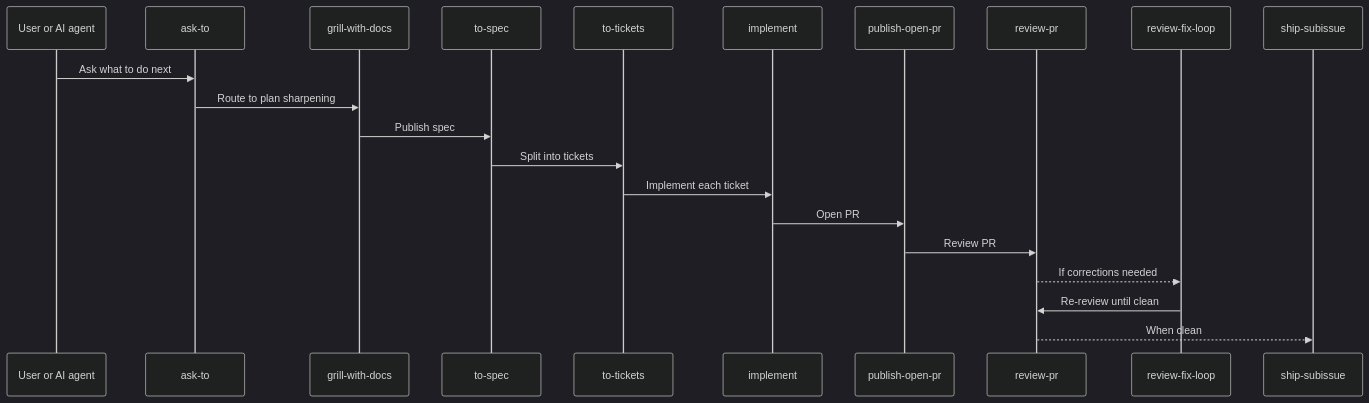
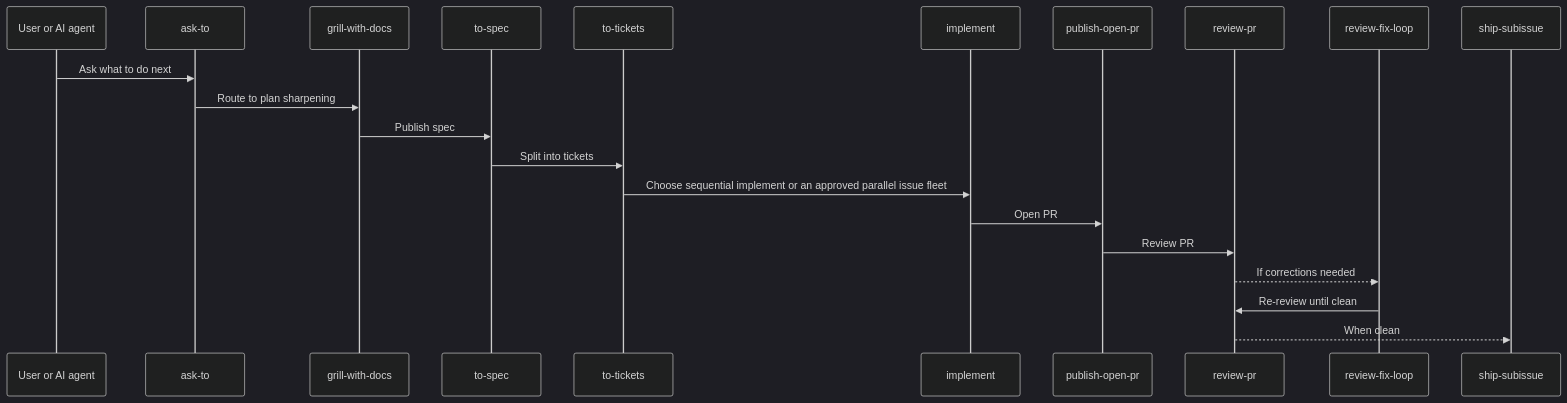
One commit to quantumquirkxyz/skills-quirk changed the second of 8 diagrams in docs/how-to/workflows.md. Above: the diagram before and after it, drawn with Mermaid (dark theme). The commit also changed other lines of this file and 11 other files, not shown here.

````diff
--- a/docs/how-to/workflows.md
+++ b/docs/how-to/workflows.md
@@ -68,24 +68,24 @@
 ```mermaid
 sequenceDiagram
     participant U as User or AI agent
     participant A as ask-to
     participant G as grill-with-docs
     participant S as to-spec
     participant T as to-tickets
     participant I as implement
     participant P as publish-open-pr
     participant R as review-pr
     participant F as review-fix-loop
     participant M as ship-subissue
 
     U->>A: Ask what to do next
     A->>G: Route to plan sharpening
     G->>S: Publish spec
     S->>T: Split into tickets
-    T->>I: Implement each ticket
+    T->>I: Choose sequential implement or an approved parallel issue fleet
     I->>P: Open PR
     P->>R: Review PR
     R-->>F: If corrections needed
     F->>R: Re-review until clean
     R-->>M: When clean
 ```
````
